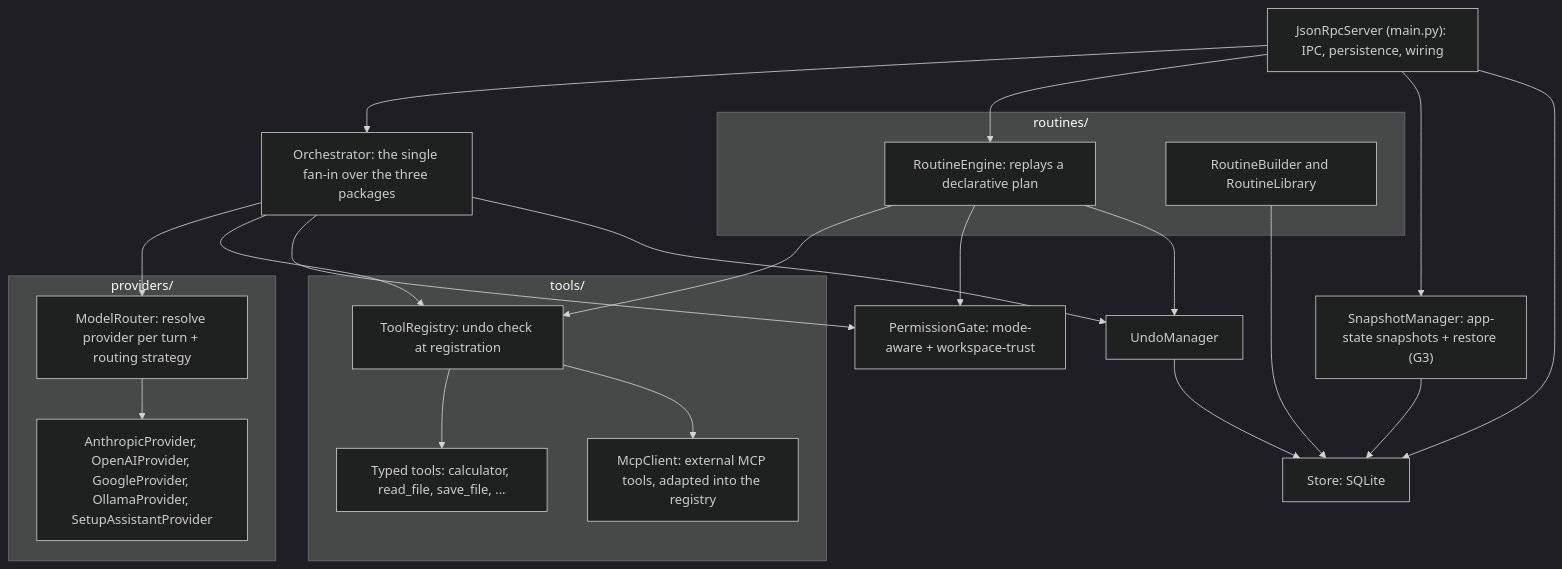
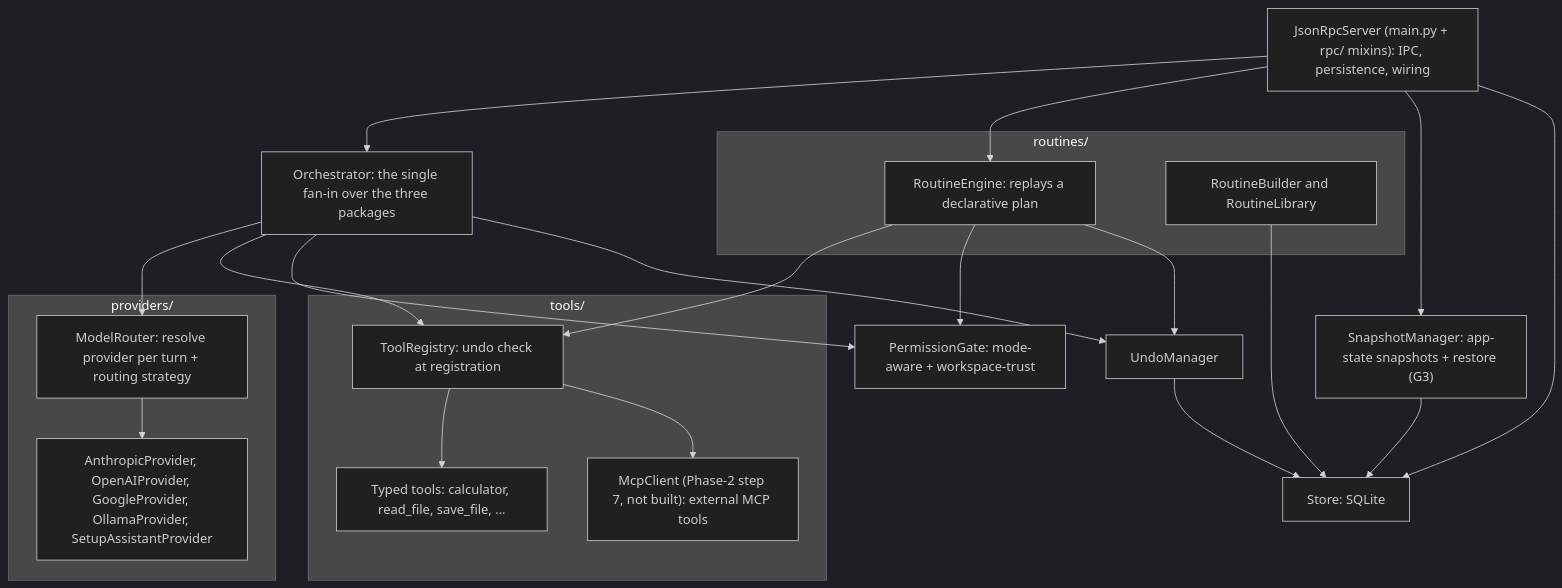
The second of 2 diagrams in docs/architecture.md (N041M/Addison), drawn with Mermaid (dark theme) before and after one commit. The commit also changed other lines of this file and 17 other files, not shown here.

````diff
--- a/docs/architecture.md
+++ b/docs/architecture.md
@@ -153,42 +169,42 @@
 ```mermaid
 flowchart TB
-    Server["JsonRpcServer (main.py): IPC, persistence, wiring"]
+    Server["JsonRpcServer (main.py + rpc/ mixins): IPC, persistence, wiring"]
     Orch["Orchestrator: the single fan-in over the three packages"]
 
     subgraph tools["tools/"]
         TR["ToolRegistry: undo check at registration"]
         Tool["Typed tools: calculator, read_file, save_file, ..."]
-        MCP["McpClient: external MCP tools, adapted into the registry"]
+        MCP["McpClient (Phase-2 step 7, not built): external MCP tools"]
     end
     subgraph providers["providers/"]
         MR["ModelRouter: resolve provider per turn + routing strategy"]
         Prov["AnthropicProvider, OpenAIProvider, GoogleProvider, OllamaProvider, SetupAssistantProvider"]
     end
     subgraph routines["routines/"]
         RE["RoutineEngine: replays a declarative plan"]
         RBL["RoutineBuilder and RoutineLibrary"]
     end
 
     PG["PermissionGate: mode-aware + workspace-trust"]
     UM["UndoManager"]
     SM["SnapshotManager: app-state snapshots + restore (G3)"]
     Store["Store: SQLite"]
 
     Server --> Orch
     Server --> RE
     Server --> SM
     Orch --> MR
     MR --> Prov
     Orch --> TR
     TR --> Tool
     TR --> MCP
     Orch --> PG
     Orch --> UM
     RE --> TR
     RE --> PG
     RE --> UM
     UM --> Store
     SM --> Store
     RBL --> Store
     Server --> Store
 ```
````
